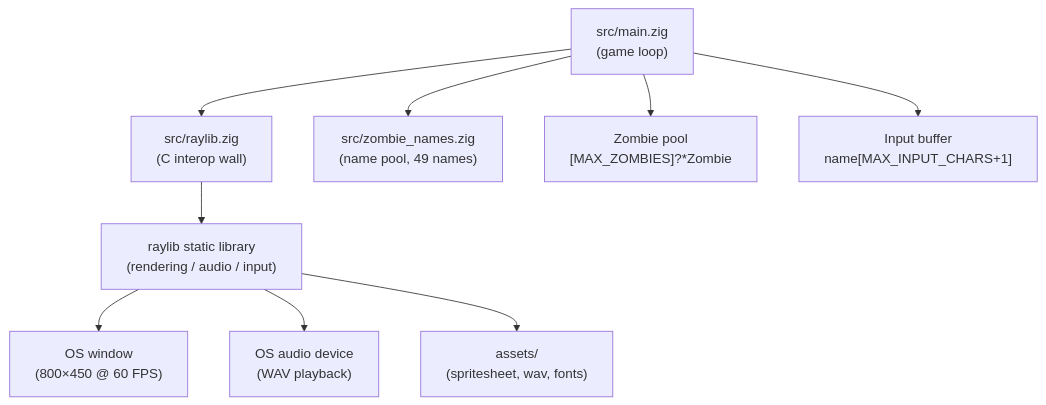
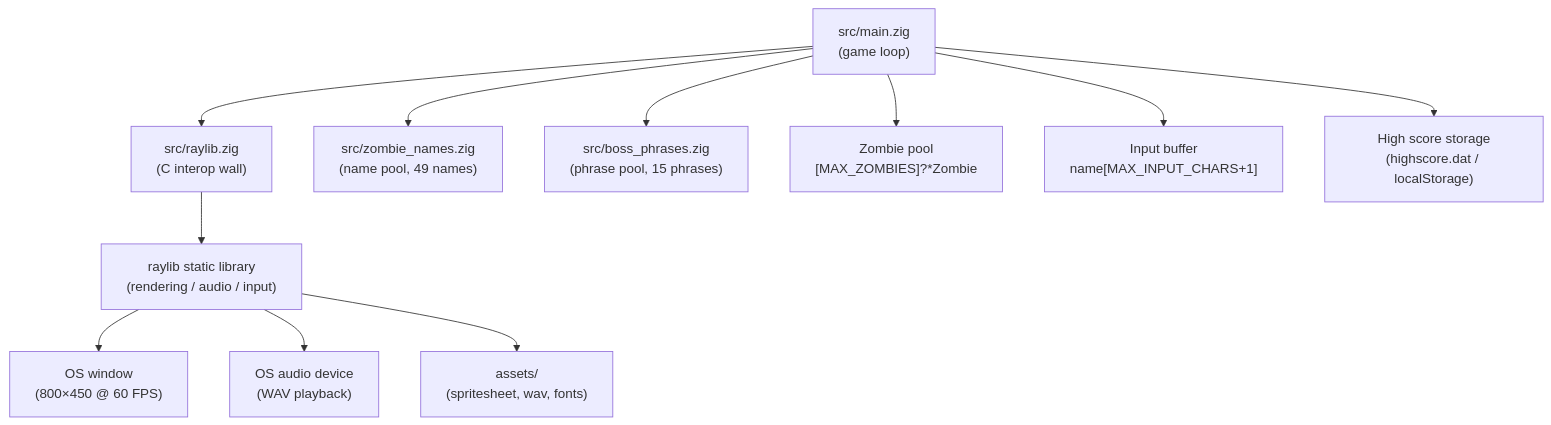
The first of 2 diagrams in specs/specifications/overview.md (bfernandez31/death-note), drawn with Mermaid before and after one commit. The commit also changed other lines of this file and 8 other files, not shown here.

````diff
--- a/specs/specifications/overview.md
+++ b/specs/specifications/overview.md
@@ -47,21 +47,25 @@
 ```mermaid
 graph TB
     Main["src/main.zig\n(game loop)"]
     RaylibWrapper["src/raylib.zig\n(C interop wall)"]
     ZombieNames["src/zombie_names.zig\n(name pool, 49 names)"]
+    BossPhrases["src/boss_phrases.zig\n(phrase pool, 15 phrases)"]
     RaylibLib["raylib static library\n(rendering / audio / input)"]
     ZombiePool["Zombie pool\n[MAX_ZOMBIES]?*Zombie"]
     Assets["assets/\n(spritesheet, wav, fonts)"]
     Window["OS window\n(800×450 @ 60 FPS)"]
     AudioDevice["OS audio device\n(WAV playback)"]
     InputBuf["Input buffer\nname[MAX_INPUT_CHARS+1]"]
+    HighScore["High score storage\n(highscore.dat / localStorage)"]
 
     Main --> RaylibWrapper
     Main --> ZombieNames
+    Main --> BossPhrases
     Main --> ZombiePool
     Main --> InputBuf
+    Main --> HighScore
     RaylibWrapper --> RaylibLib
     RaylibLib --> Window
     RaylibLib --> AudioDevice
     RaylibLib --> Assets
 ```
````
